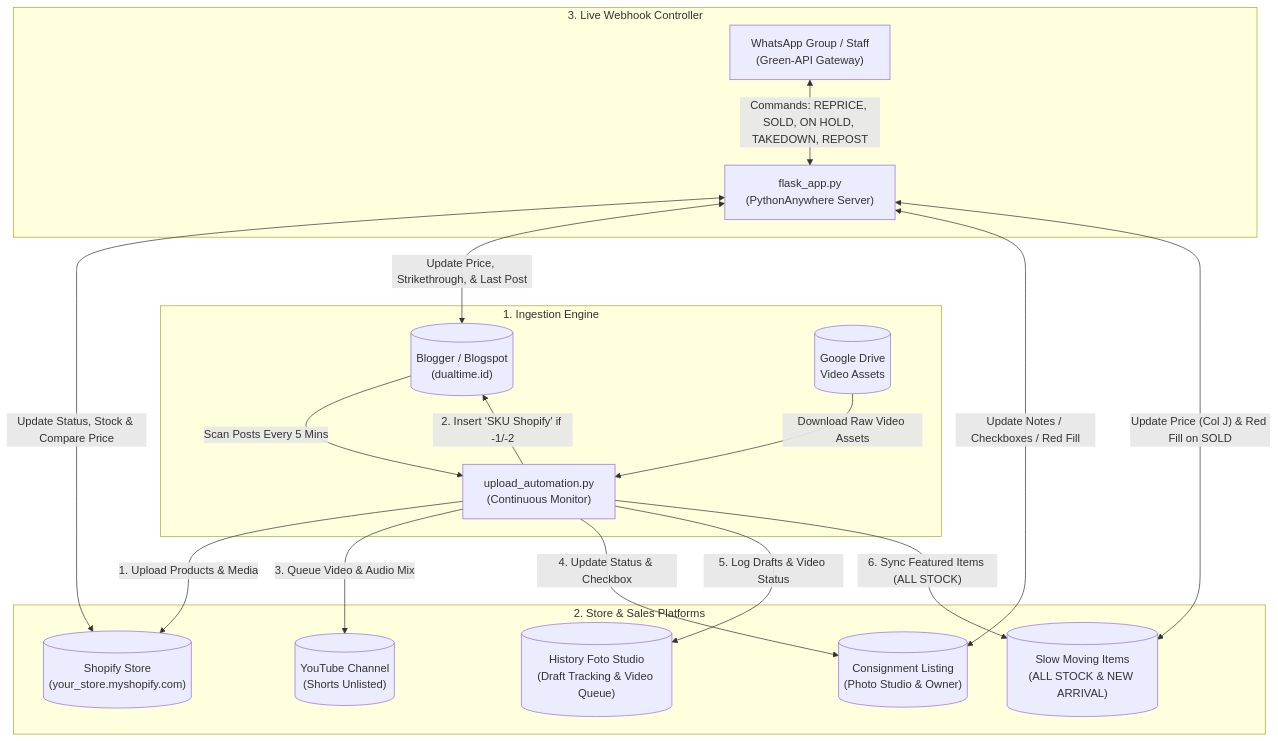
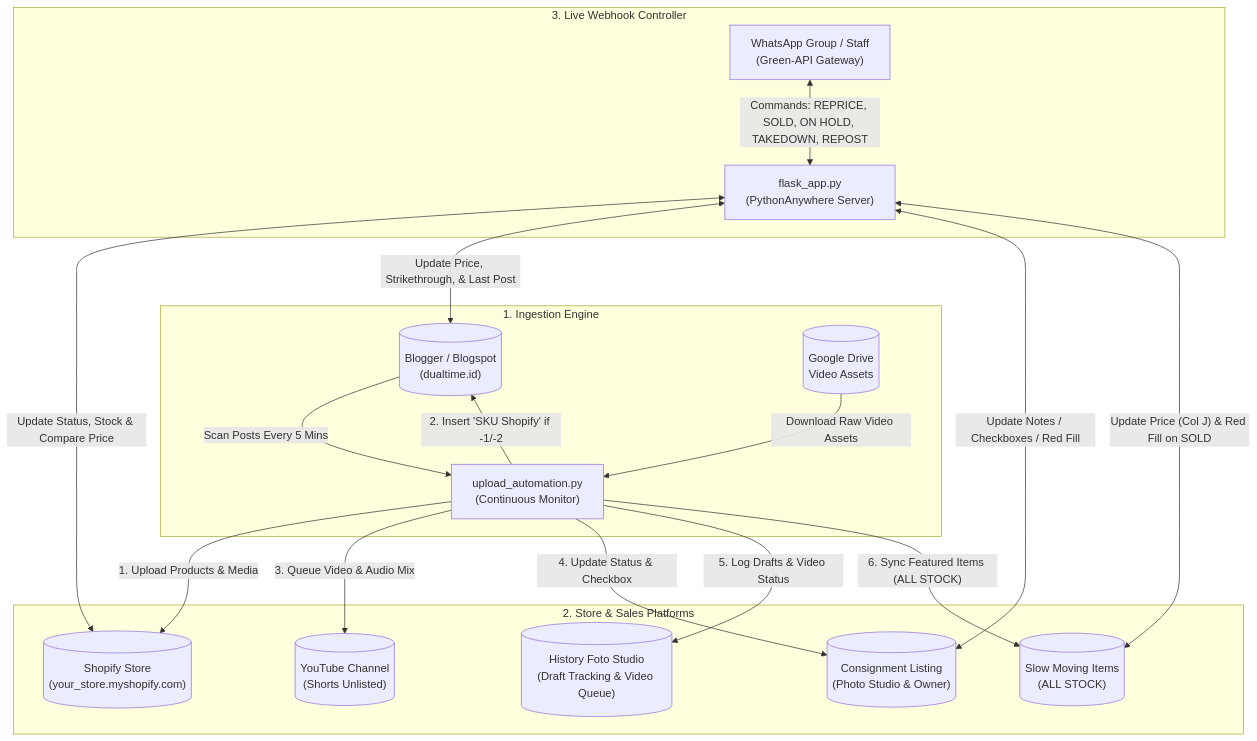
One commit to darrellrafa/upload-automation changed the first of 2 diagrams in Technical_Report_and_PythonAnywhere_Setup_Guide.md. Above: the diagram before and after it, drawn with Mermaid. The commit also changed other lines of this file and 4 other files, not shown here.

Commit message:
Redirect Slow Moving Featured reprice, status update, and upload exclusively to tab ALL STOCK

````diff
--- a/Technical_Report_and_PythonAnywhere_Setup_Guide.md
+++ b/Technical_Report_and_PythonAnywhere_Setup_Guide.md
@@ -11,36 +11,36 @@
 ```mermaid
 flowchart TD
     subgraph Sourcing ["1. Ingestion Engine"]
         BP[("Blogger / Blogspot\n(dualtime.id)")]
         UA["upload_automation.py\n(Continuous Monitor)"]
         GD[("Google Drive\nVideo Assets")]
     end
 
     subgraph Core ["2. Store & Sales Platforms"]
         SP[("Shopify Store\n(your_store.myshopify.com)")]
         YT[("YouTube Channel\n(Shorts Unlisted)")]
         GS1[("Consignment Listing\n(Photo Studio & Owner)")]
         GS2[("History Foto Studio\n(Draft Tracking & Video Queue)")]
-        GS3[("Slow Moving Items\n(ALL STOCK & NEW ARRIVAL)")]
+        GS3[("Slow Moving Items\n(ALL STOCK)")]
     end
 
     subgraph Controller ["3. Live Webhook Controller"]
         WA["WhatsApp Group / Staff\n(Green-API Gateway)"]
         FA["flask_app.py\n(PythonAnywhere Server)"]
     end
 
     BP -->|"Scan Posts Every 5 Mins"| UA
     UA -->|"1. Upload Products & Media"| SP
     UA -->|"2. Insert 'SKU Shopify' if -1/-2"| BP
     UA -->|"3. Queue Video & Audio Mix"| YT
     UA -->|"4. Update Status & Checkbox"| GS1
     UA -->|"5. Log Drafts & Video Status"| GS2
     UA -->|"6. Sync Featured Items (ALL STOCK)"| GS3
     GD -->|"Download Raw Video Assets"| UA
 
     WA <-->|"Commands: REPRICE, SOLD, ON HOLD, TAKEDOWN, REPOST"| FA
     FA <-->|"Update Status, Stock & Compare Price"| SP
     FA <-->|"Update Price, Strikethrough, & Last Post"| BP
     FA <-->|"Update Notes / Checkboxes / Red Fill"| GS1
     FA <-->|"Update Price (Col J) & Red Fill on SOLD"| GS3
 ```
````
